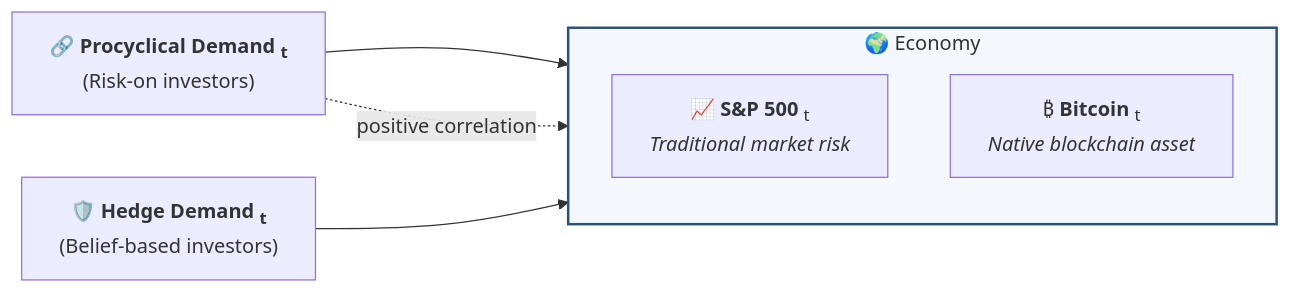
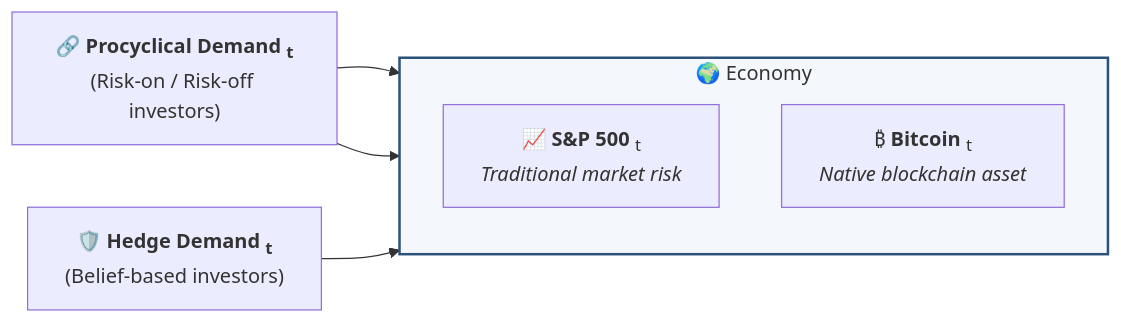
Before and after one commit to FDR0903/jmp-talk: the first of 2 diagrams in slides.md, drawn with Mermaid. The commit also changed other lines of this file, not shown here.

````diff
--- a/slides.md
+++ b/slides.md
@@ -1170,21 +1167,21 @@
 ```mermaid
 flowchart LR
     style Economy fill:#f4f7fb,stroke:#2b5379,stroke-width:2px
     subgraph Economy ["🌍 Economy"]
       direction TB
       SP["📈 <b>S&amp;P 500</b> <math mode="display">S<sub>t</sub></math> <br/><i>Traditional market risk</i>"]
       BTC["₿ <b>Bitcoin</b> <math mode="display">P<sub>t</sub></math> <br/> <i>Native blockchain asset</i>"]
     end
 
     %% place demands to the right of BTC
-    Pro["🔗 <b>Procyclical Demand <math mode="display">E<sub>t</sub></math></b><br/>(Risk-on investors)"]
+    Pro["🔗 <b>Procyclical Demand <math mode="display">E<sub>t</sub></math></b><br/>(Risk-on / Risk-off investors)"]
     Hedge["🛡️ <b>Hedge Demand <math mode="display">H<sub>t</sub></math></b><br/>(Belief-based investors)"]
 
     %% Both demands attach only to BTC
     Pro --> BTC
     Hedge --> BTC
 
     %% special arrow showing correlation/link between Procyclical demand and S&P
     %% use dashed arrow with label "positive correlation" and arrowhead toward SP
-    Pro -. positive correlation.-> SP
+    Pro --> SP
 ```
````
